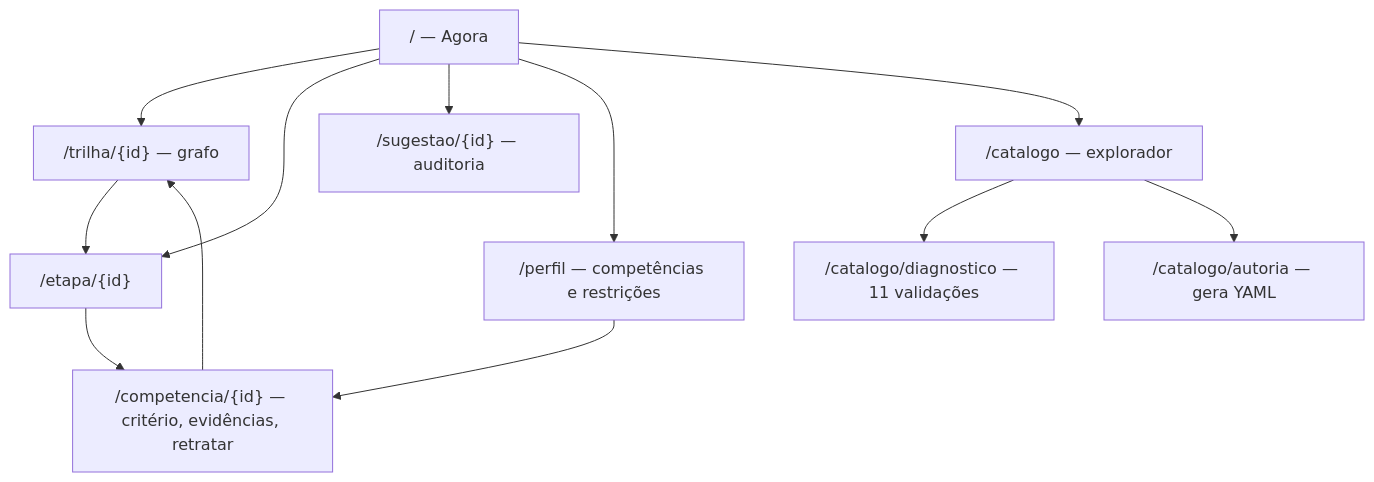
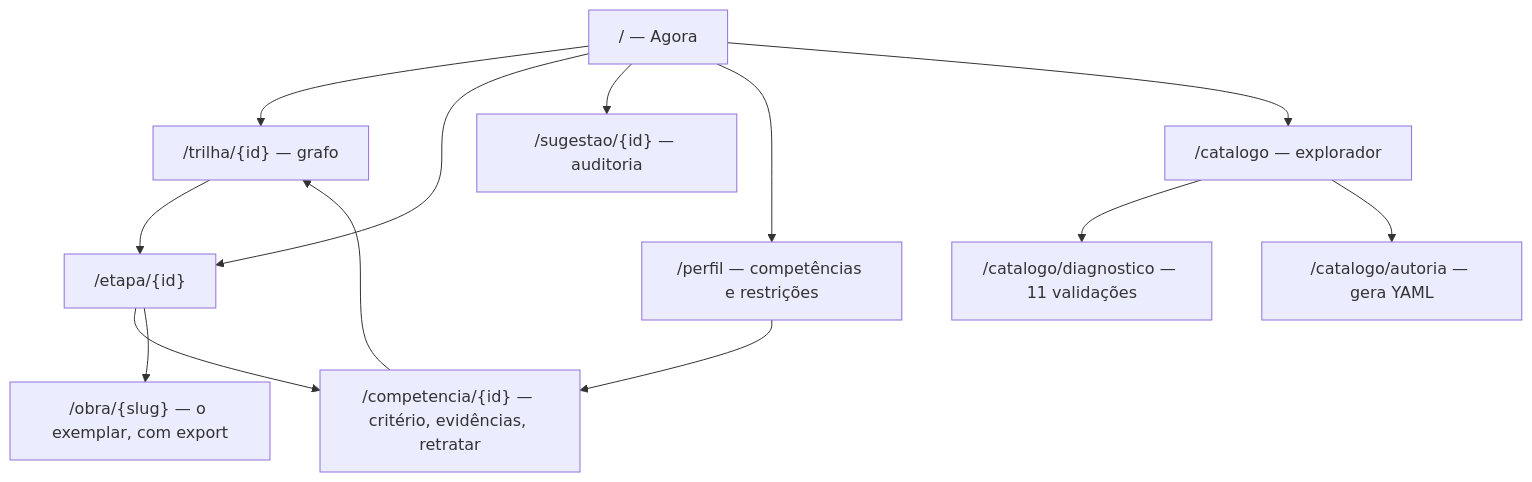
Before and after one commit to mpbarbosa/trilhas_estudos: the second of 2 diagrams in docs/interface.md, drawn with Mermaid. The commit also changed other lines of this file and 10 other files, not shown here.

````diff
--- a/docs/interface.md
+++ b/docs/interface.md
@@ -294,14 +294,15 @@
 ```mermaid
 flowchart TD
     A["/ — Agora"] --> B["/trilha/{id} — grafo"]
     A --> C["/etapa/{id}"]
     A --> E["/sugestao/{id} — auditoria"]
     B --> C
     C --> F["/competencia/{id} — critério, evidências, retratar"]
     A --> G["/perfil — competências e restrições"]
     G --> F
     A --> H["/catalogo — explorador"]
     H --> I["/catalogo/diagnostico — 11 validações"]
     H --> J["/catalogo/autoria — gera YAML"]
+    C --> K["/obra/{slug} — o exemplar, com export"]
     F --> B
 ```
````
